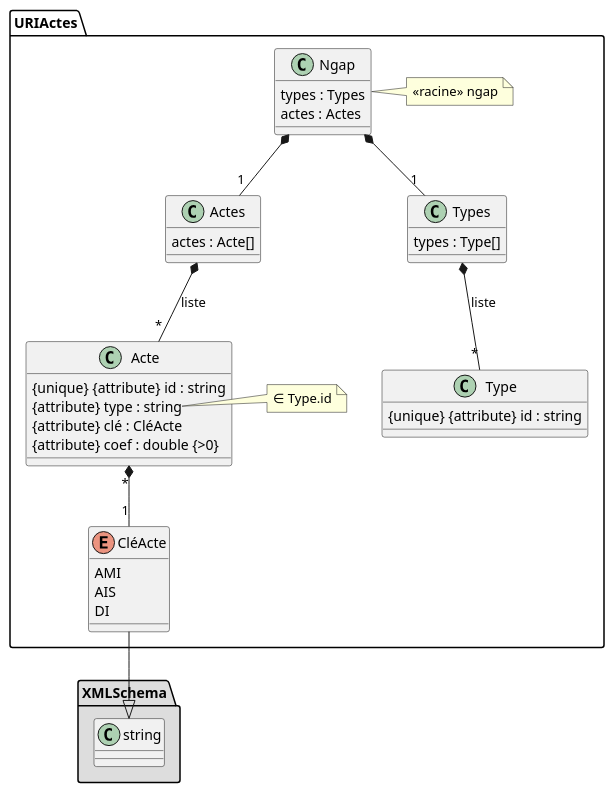
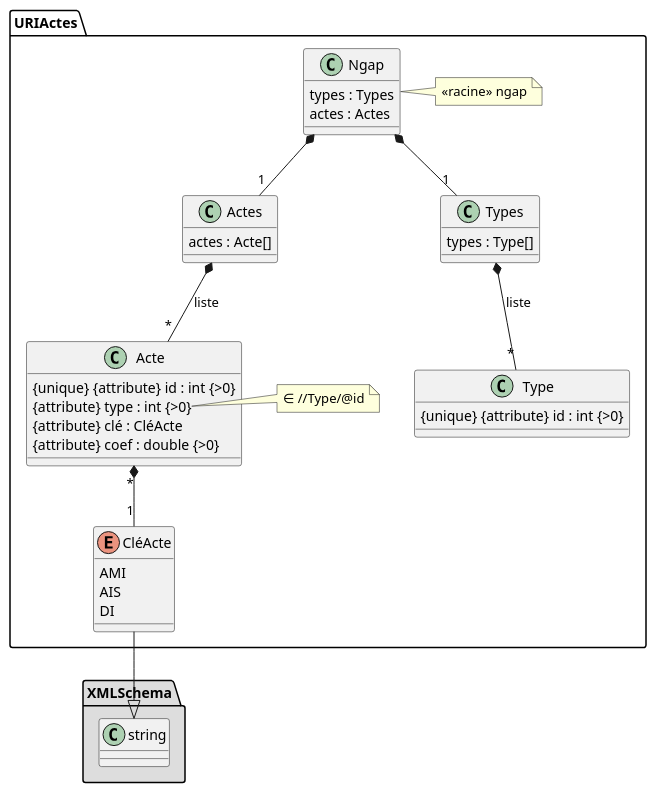
Before and after one commit to TennesseeAlves/CabinetInfirmier: the diagram in data/uml/actes.puml, drawn with PlantUML. The commit also changed 8 other files, not shown here.

```diff
--- a/data/uml/actes.puml
+++ b/data/uml/actes.puml
@@ -1,55 +1,55 @@
 @startuml
 
 'skinparam linetype ortho
 'l'instruction au dessus est pour avoir des lignes orthogonales...
 
 package XMLSchema #DDDDDD {
     class string
 }
 package URIActes {
     class Ngap {
         types : Types
         actes : Actes
     }
     note right of Ngap
         «racine» ngap
     end note
     class Acte {
-        {unique} {attribute} id : string
-        {attribute} type : string
+        {unique} {attribute} id : int {>0}
+        {attribute} type : int {>0}
         {attribute} clé : CléActe
         {attribute} coef : double {>0}
     }
     note right of Acte::type
-        ∈ Type.id
+        ∈ //Type/@id
     end note
     
     class Actes {
         actes : Acte[]
     }
     
     class Type {
-        {unique} {attribute} id : string
+        {unique} {attribute} id : int {>0}
     }
     class Types {
         types : Type[]
     }
     
     enum CléActe {
         AMI
         AIS
         DI
     }
     
     Ngap *--"1" Types
     Ngap *--"1" Actes
     
     Actes *--"*" Acte : liste
     Acte "*"*--"1" CléActe
     
     Types *--"*" Type : liste
     
     CléActe --|> string
 }
 
 @enduml
```
